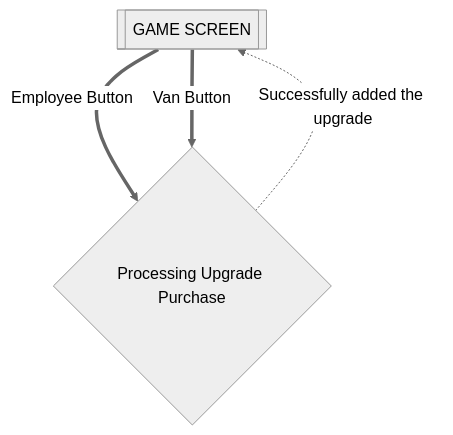
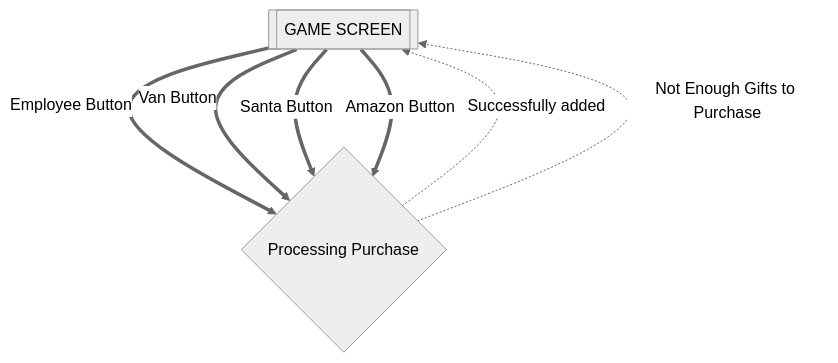
One commit to umangmehta0007/Clicker changed the second of 2 diagrams in flows.md. Above: the diagram before and after it, drawn with Mermaid (neutral theme). The commit also changed other lines of this file and 1 other file, not shown here.

Commit message:
methods were added to the Company Class, to calculate gifts, and that would be implemented by the controller.

````diff
--- a/flows.md
+++ b/flows.md
@@ -30,12 +30,17 @@
 ```mermaid
 
 flowchart
     hs[[GAME SCREEN]]
-    upgrades{Processing Upgrade Purchase}
+    upgrades{Processing Purchase}
         
         hs==Employee Button==>upgrades
         hs==Van Button==>upgrades
-        
-        upgrades-.Successfully added the upgrade.->hs
+        hs==Santa Button==>upgrades
+        hs==Amazon Button==>upgrades
+
+
+    upgrades-.Successfully added.->hs
+    upgrades-.Not Enough Gifts to Purchase.->hs
+
 
 ```
````
